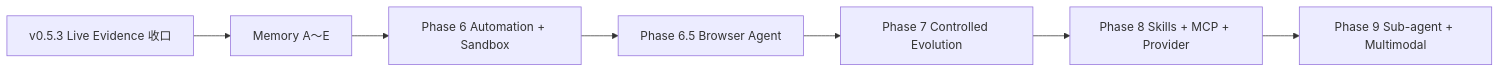
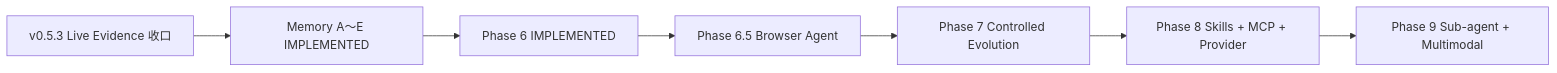
Before and after one commit to NEDONION/lobster0: the diagram in docs/engineering/20260809_development-timeline.md, drawn with Mermaid. The commit also changed other lines of this file and 15 other files, not shown here.

````diff
--- a/docs/engineering/20260809_development-timeline.md
+++ b/docs/engineering/20260809_development-timeline.md
@@ -35,9 +37,9 @@
 ```mermaid
 flowchart LR
-    P53["v0.5.3 Live Evidence 收口"] --> MA["Memory A～E"]
-    MA --> P6["Phase 6 Automation + Sandbox"]
+    P53["v0.5.3 Live Evidence 收口"] --> MA["Memory A～E IMPLEMENTED"]
+    MA --> P6["Phase 6 IMPLEMENTED"]
     P6 --> P65["Phase 6.5 Browser Agent"]
     P65 --> P7["Phase 7 Controlled Evolution"]
     P7 --> P8["Phase 8 Skills + MCP + Provider"]
     P8 --> P9["Phase 9 Sub-agent + Multimodal"]
 ```
````
